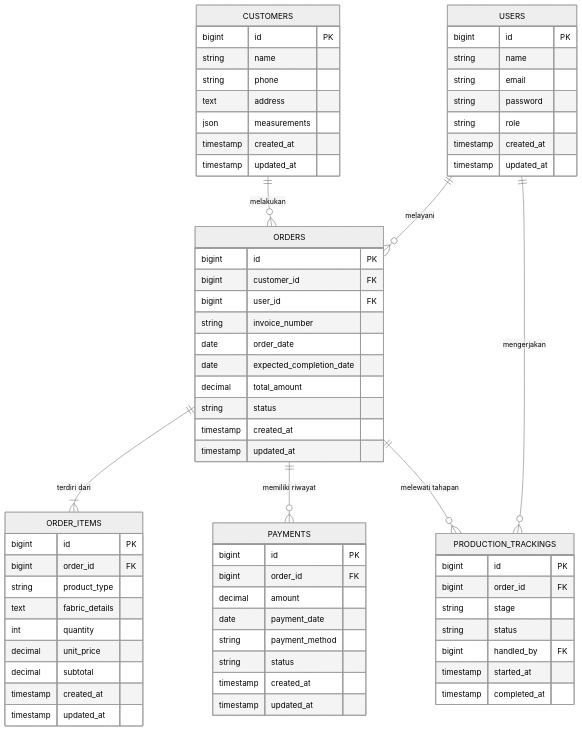
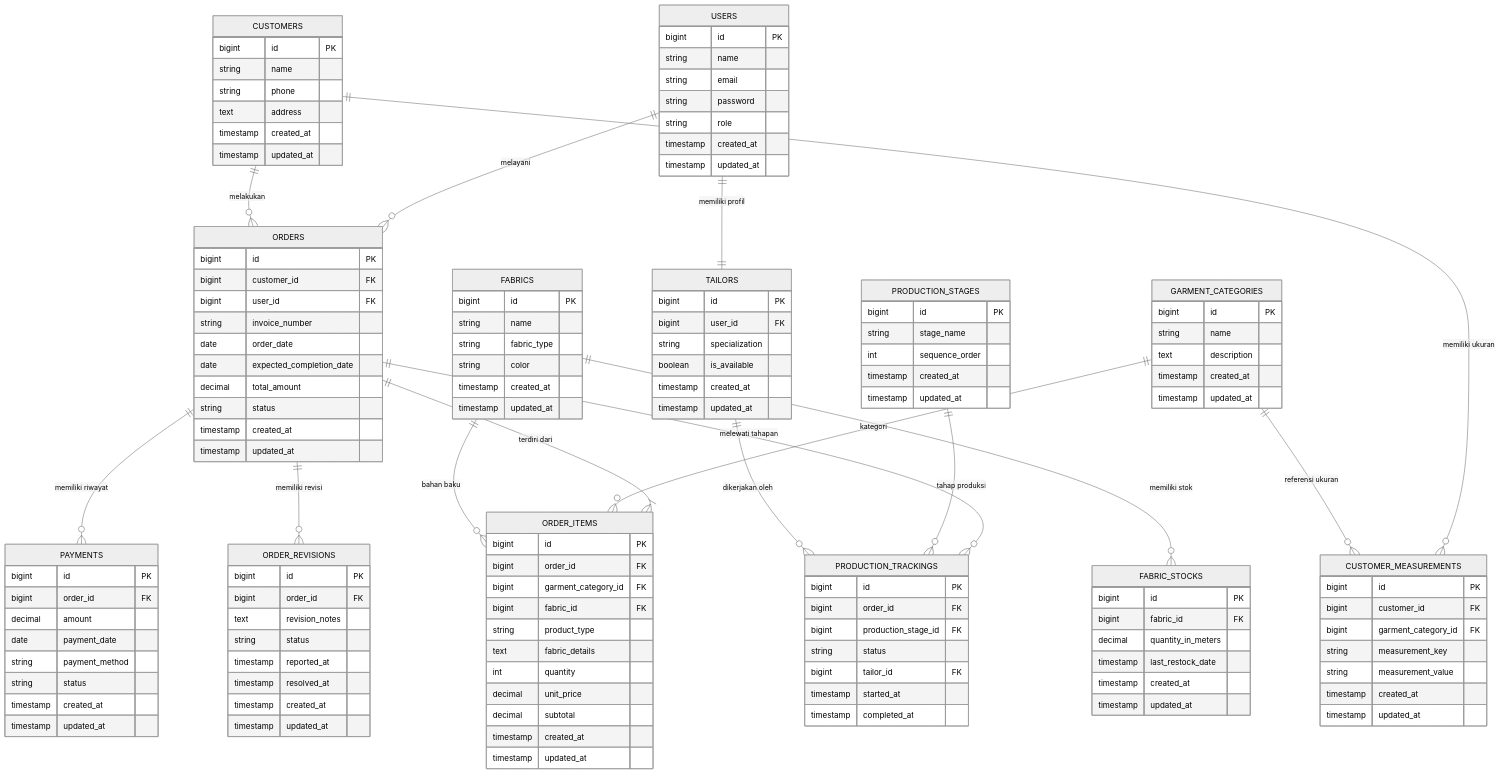
One commit to Auliasftrii/Sistem-Manajemen-Jasa-Produksi-Tailor changed the diagram in PRD.md. Above: the diagram before and after it, drawn with Mermaid (neutral theme). The commit also changed other lines of this file, not shown here.

Commit message:
feat(revision): implement Task 7 Order Revisions

````diff
--- a/PRD.md
+++ b/PRD.md
@@ -70,11 +77,19 @@
 ```mermaid
 erDiagram
     USERS ||--o{ ORDERS : "melayani"
-    USERS ||--o{ PRODUCTION_TRACKINGS : "mengerjakan"
+    USERS ||--|| TAILORS : "memiliki profil"
     CUSTOMERS ||--o{ ORDERS : "melakukan"
+    CUSTOMERS ||--o{ CUSTOMER_MEASUREMENTS : "memiliki ukuran"
+    GARMENT_CATEGORIES ||--o{ CUSTOMER_MEASUREMENTS : "referensi ukuran"
     ORDERS ||--|{ ORDER_ITEMS : "terdiri dari"
     ORDERS ||--o{ PAYMENTS : "memiliki riwayat"
     ORDERS ||--o{ PRODUCTION_TRACKINGS : "melewati tahapan"
+    ORDERS ||--o{ ORDER_REVISIONS : "memiliki revisi"
+    GARMENT_CATEGORIES ||--o{ ORDER_ITEMS : "kategori"
+    FABRICS ||--o{ FABRIC_STOCKS : "memiliki stok"
+    FABRICS ||--o{ ORDER_ITEMS : "bahan baku"
+    PRODUCTION_STAGES ||--o{ PRODUCTION_TRACKINGS : "tahap produksi"
+    TAILORS ||--o{ PRODUCTION_TRACKINGS : "dikerjakan oleh"
 
     USERS {
         bigint id PK
@@ -86,12 +101,56 @@
         timestamp updated_at
     }
 
+    TAILORS {
+        bigint id PK
+        bigint user_id FK
+        string specialization
+        boolean is_available
+        timestamp created_at
+        timestamp updated_at
+    }
+
     CUSTOMERS {
         bigint id PK
         string name
         string phone
         text address
-        json measurements
+        timestamp created_at
+        timestamp updated_at
+    }
+
+    CUSTOMER_MEASUREMENTS {
+        bigint id PK
+        bigint customer_id FK
+        bigint garment_category_id FK
+        string measurement_key
+        string measurement_value
+        timestamp created_at
+        timestamp updated_at
+    }
+
+    GARMENT_CATEGORIES {
+        bigint id PK
+        string name
+        text description
+        timestamp created_at
+        timestamp updated_at
+    }
+
+    FABRICS {
+        bigint id PK
+        string name
+        string fabric_type
+        string color
+        timestamp created_at
+        timestamp updated_at
+    }
+
+    FABRIC_STOCKS {
+        bigint id PK
+        bigint fabric_id FK
+        decimal quantity_in_meters
+        timestamp last_restock_date
         timestamp created_at
         timestamp updated_at
     }
@@ -112,6 +171,8 @@
     ORDER_ITEMS {
         bigint id PK
         bigint order_id FK
+        bigint garment_category_id FK
+        bigint fabric_id FK
         string product_type
         text fabric_details
         int quantity
@@ -132,13 +193,32 @@
         timestamp updated_at
     }
 
+    PRODUCTION_STAGES {
+        bigint id PK
+        string stage_name
+        int sequence_order
+        timestamp created_at
+        timestamp updated_at
+    }
+
     PRODUCTION_TRACKINGS {
         bigint id PK
         bigint order_id FK
-        string stage
+        bigint production_stage_id FK
         string status
-        bigint handled_by FK
+        bigint tailor_id FK
         timestamp started_at
         timestamp completed_at
     }
+
+    ORDER_REVISIONS {
+        bigint id PK
+        bigint order_id FK
+        text revision_notes
+        string status
+        timestamp reported_at
+        timestamp resolved_at
+        timestamp created_at
+        timestamp updated_at
+    }
 ```
````
